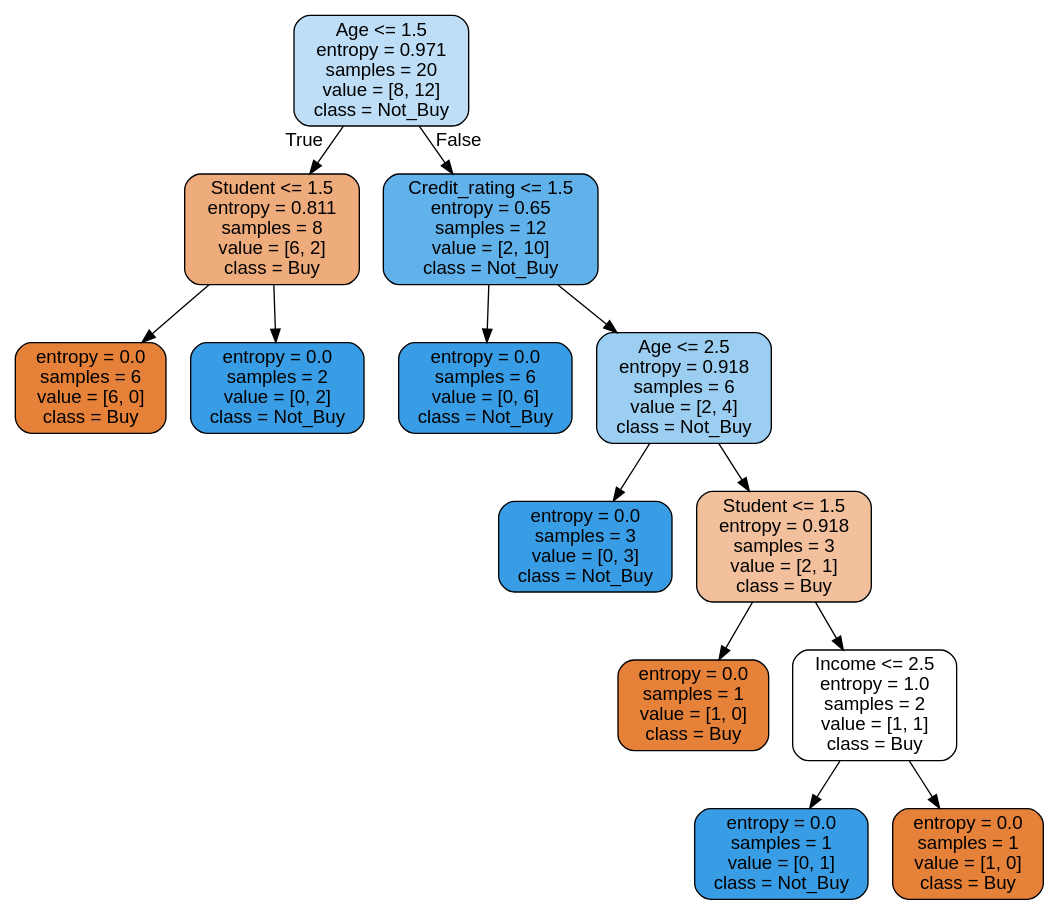
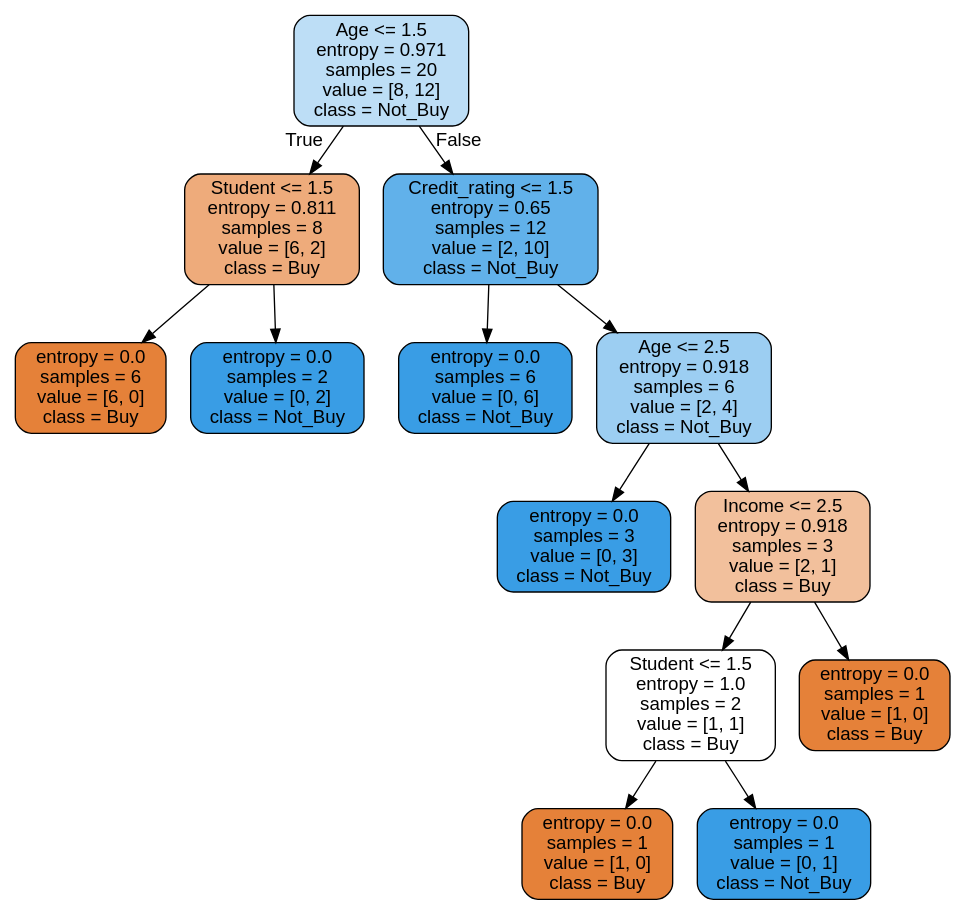
Before and after one commit to eichstaedtk/ke-python: the diagram in buycomputer.dot, drawn with Graphviz. The commit also changed 3 other files, not shown here.

```diff
--- a/buycomputer.dot
+++ b/buycomputer.dot
@@ -1,29 +1,29 @@
 digraph Tree {
 node [shape=box, style="filled, rounded", color="black", fontname=helvetica] ;
 edge [fontname=helvetica] ;
 0 [label="Age <= 1.5\nentropy = 0.971\nsamples = 20\nvalue = [8, 12]\nclass = Not_Buy", fillcolor="#bddef6"] ;
 1 [label="Student <= 1.5\nentropy = 0.811\nsamples = 8\nvalue = [6, 2]\nclass = Buy", fillcolor="#eeab7b"] ;
 0 -> 1 [labeldistance=2.5, labelangle=45, headlabel="True"] ;
 2 [label="entropy = 0.0\nsamples = 6\nvalue = [6, 0]\nclass = Buy", fillcolor="#e58139"] ;
 1 -> 2 ;
 3 [label="entropy = 0.0\nsamples = 2\nvalue = [0, 2]\nclass = Not_Buy", fillcolor="#399de5"] ;
 1 -> 3 ;
 4 [label="Credit_rating <= 1.5\nentropy = 0.65\nsamples = 12\nvalue = [2, 10]\nclass = Not_Buy", fillcolor="#61b1ea"] ;
 0 -> 4 [labeldistance=2.5, labelangle=-45, headlabel="False"] ;
 5 [label="entropy = 0.0\nsamples = 6\nvalue = [0, 6]\nclass = Not_Buy", fillcolor="#399de5"] ;
 4 -> 5 ;
 6 [label="Age <= 2.5\nentropy = 0.918\nsamples = 6\nvalue = [2, 4]\nclass = Not_Buy", fillcolor="#9ccef2"] ;
 4 -> 6 ;
 7 [label="entropy = 0.0\nsamples = 3\nvalue = [0, 3]\nclass = Not_Buy", fillcolor="#399de5"] ;
 6 -> 7 ;
-8 [label="Student <= 1.5\nentropy = 0.918\nsamples = 3\nvalue = [2, 1]\nclass = Buy", fillcolor="#f2c09c"] ;
+8 [label="Income <= 2.5\nentropy = 0.918\nsamples = 3\nvalue = [2, 1]\nclass = Buy", fillcolor="#f2c09c"] ;
 6 -> 8 ;
-9 [label="entropy = 0.0\nsamples = 1\nvalue = [1, 0]\nclass = Buy", fillcolor="#e58139"] ;
+9 [label="Student <= 1.5\nentropy = 1.0\nsamples = 2\nvalue = [1, 1]\nclass = Buy", fillcolor="#ffffff"] ;
 8 -> 9 ;
-10 [label="Income <= 2.5\nentropy = 1.0\nsamples = 2\nvalue = [1, 1]\nclass = Buy", fillcolor="#ffffff"] ;
-8 -> 10 ;
+10 [label="entropy = 0.0\nsamples = 1\nvalue = [1, 0]\nclass = Buy", fillcolor="#e58139"] ;
+9 -> 10 ;
 11 [label="entropy = 0.0\nsamples = 1\nvalue = [0, 1]\nclass = Not_Buy", fillcolor="#399de5"] ;
-10 -> 11 ;
+9 -> 11 ;
 12 [label="entropy = 0.0\nsamples = 1\nvalue = [1, 0]\nclass = Buy", fillcolor="#e58139"] ;
-10 -> 12 ;
+8 -> 12 ;
 }
```
